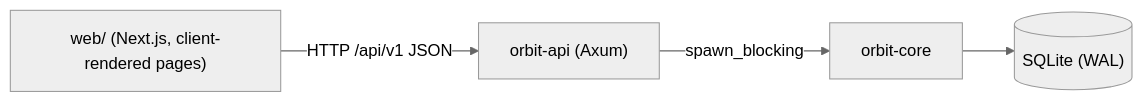
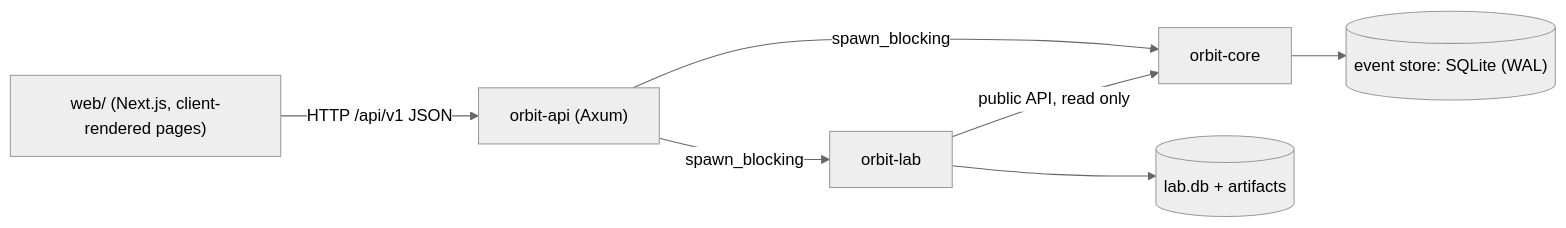
The first of 5 diagrams in docs/ARCHITECTURE.md (soyebmohammad03-dev/orbit), drawn with Mermaid (neutral theme) before and after one commit. The commit also changed other lines of this file and 9 other files, not shown here.

````diff
--- a/docs/ARCHITECTURE.md
+++ b/docs/ARCHITECTURE.md
@@ -13,6 +17,9 @@
 ```mermaid
 flowchart LR
     ui["web/ (Next.js, client-rendered pages)"] -->|"HTTP /api/v1 JSON"| api["orbit-api (Axum)"]
     api -->|"spawn_blocking"| core["orbit-core"]
-    core --> db[("SQLite (WAL)")]
+    api -->|"spawn_blocking"| lab["orbit-lab"]
+    lab -->|"public API, read only"| core
+    core --> db[("event store: SQLite (WAL)")]
+    lab --> labdb[("lab.db + artifacts")]
 ```
````
